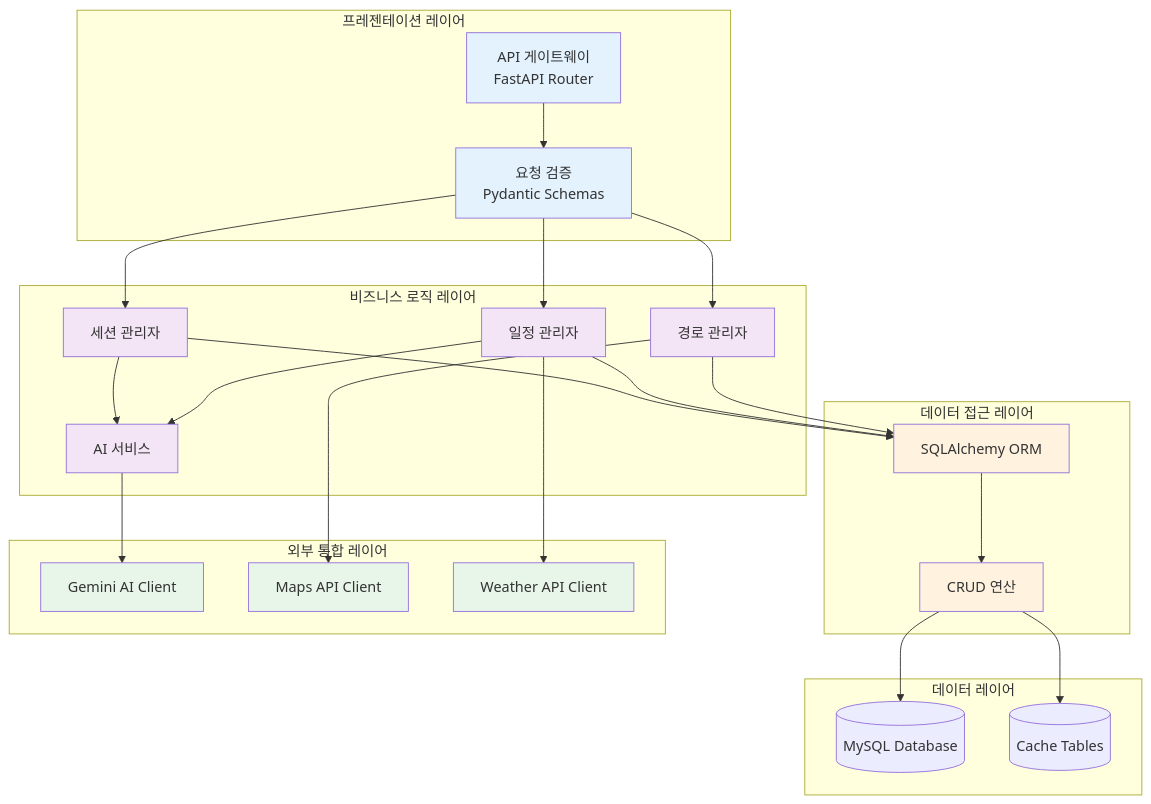
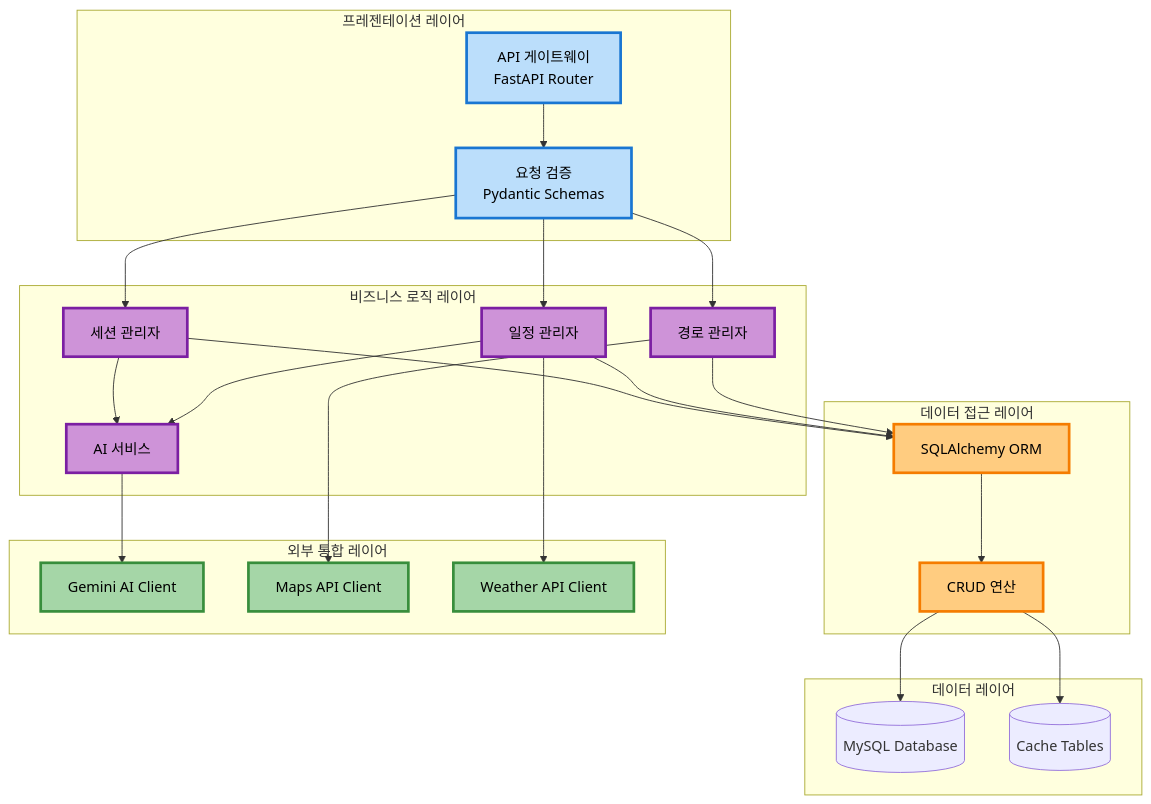
Before and after one commit to Sjoneon/DaySync: the diagram in docs/architecture/Backend_architecture.md, drawn with Mermaid.

Commit message:
Revise styles in Backend architecture diagram
Updated styles for various elements in the backend architecture diagram to enhance visual clarity.

````diff
--- a/docs/architecture/Backend_architecture.md
+++ b/docs/architecture/Backend_architecture.md
@@ -13,58 +13,58 @@
 ```mermaid
   graph TB
       subgraph "프레젠테이션 레이어"
           A[API 게이트웨이<br/>FastAPI Router]
           B[요청 검증<br/>Pydantic Schemas]
       end
       
       subgraph "비즈니스 로직 레이어"
           C[세션 관리자]
           D[일정 관리자]
           E[경로 관리자]
           F[AI 서비스]
       end
       
       subgraph "데이터 접근 레이어"
           G[SQLAlchemy ORM]
           H[CRUD 연산]
       end
       
       subgraph "외부 통합 레이어"
           I[Gemini AI Client]
           J[Maps API Client]
           K[Weather API Client]
       end
       
       subgraph "데이터 레이어"
           L[(MySQL Database)]
           M[(Cache Tables)]
       end
       
       A --> B
       B --> C
       B --> D
       B --> E
       C --> F
       D --> F
       C --> G
       D --> G
       E --> G
       G --> H
       H --> L
       H --> M
       F --> I
       E --> J
       D --> K
       
-      style A fill:#e3f2fd
-      style B fill:#e3f2fd
-      style C fill:#f3e5f5
-      style D fill:#f3e5f5
-      style E fill:#f3e5f5
-      style F fill:#f3e5f5
-      style G fill:#fff3e0
-      style H fill:#fff3e0
-      style I fill:#e8f5e9
-      style J fill:#e8f5e9
-      style K fill:#e8f5e9
+      style A fill:#bbdefb,stroke:#1976d2,stroke-width:3px,color:#000
+      style B fill:#bbdefb,stroke:#1976d2,stroke-width:3px,color:#000
+      style C fill:#ce93d8,stroke:#7b1fa2,stroke-width:3px,color:#000
+      style D fill:#ce93d8,stroke:#7b1fa2,stroke-width:3px,color:#000
+      style E fill:#ce93d8,stroke:#7b1fa2,stroke-width:3px,color:#000
+      style F fill:#ce93d8,stroke:#7b1fa2,stroke-width:3px,color:#000
+      style G fill:#ffcc80,stroke:#f57c00,stroke-width:3px,color:#000
+      style H fill:#ffcc80,stroke:#f57c00,stroke-width:3px,color:#000
+      style I fill:#a5d6a7,stroke:#388e3c,stroke-width:3px,color:#000
+      style J fill:#a5d6a7,stroke:#388e3c,stroke-width:3px,color:#000
+      style K fill:#a5d6a7,stroke:#388e3c,stroke-width:3px,color:#000
 ```
````
